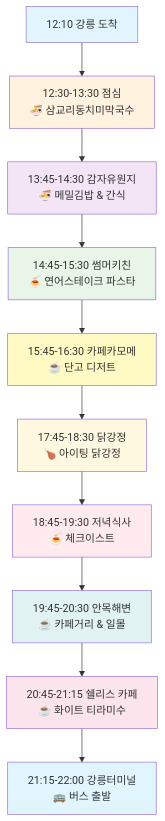
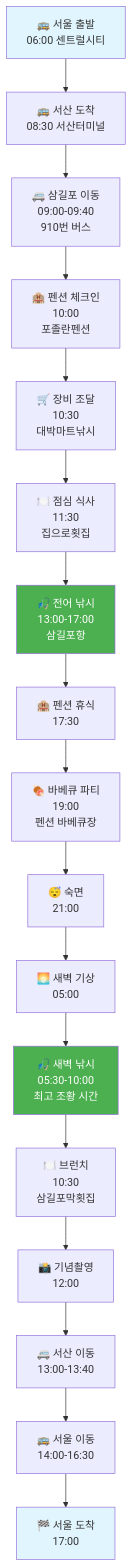
Before and after one commit to didghwns0514/matjib_search: the second of 2 diagrams in README.md, drawn with Mermaid. The commit also changed other lines of this file and 11 other files, not shown here.

````diff
--- a/README.md
+++ b/README.md
@@ -49,23 +160,24 @@
 ```mermaid
-graph TD
-    A[12:10 강릉 도착] --> B[12:30-13:30 점심<br/>🍜 삼교리동치미막국수]
-    B --> C[13:45-14:30 감자유원지<br/>🍜 메밀김밥 & 간식]
-    C --> D[14:45-15:30 썸머키친<br/>🍝 연어스테이크 파스타]
-    D --> E[15:45-16:30 카페카모메<br/>☕ 단고 디저트]
-    E --> F[17:45-18:30 닭강정<br/>🍗 아이팅 닭강정]
-    F --> G[18:45-19:30 저녁식사<br/>🍝 체크이스트]
-    G --> H[19:45-20:30 안목해변<br/>☕ 카페거리 & 일몰]
-    H --> I[20:45-21:15 쉘리스 카페<br/>☕ 화이트 티라미수]
-    I --> J[21:15-22:00 강릉터미널<br/>🚌 버스 출발]
+flowchart TD
+    A[🚌 서울 출발<br/>06:00 센트럴시티] --> B[🚌 서산 도착<br/>08:30 서산터미널]
+    B --> C[🚐 삼길포 이동<br/>09:00-09:40<br/>910번 버스]
+    C --> D[🏨 펜션 체크인<br/>10:00<br/>포졸란펜션]
+    D --> E[🛒 장비 조달<br/>10:30<br/>대박마트낚시]
+    E --> F[🍽️ 점심 식사<br/>11:30<br/>집으로횟집]
+    F --> G[🎣 전어 낚시<br/>13:00-17:00<br/>삼길포항]
+    G --> H[🏨 펜션 휴식<br/>17:30]
+    H --> I[🍖 바베큐 파티<br/>19:00<br/>펜션 바베큐장]
+    I --> J[😴 숙면<br/>21:00]
+    J --> K[🌅 새벽 기상<br/>05:00]
+    K --> L[🎣 새벽 낚시<br/>05:30-10:00<br/>최고 조황 시간]
+    L --> M[🍽️ 브런치<br/>10:30<br/>삼길포막횟집]
+    M --> N[📸 기념촬영<br/>12:00]
+    N --> O[🚐 서산 이동<br/>13:00-13:40]
+    O --> P[🚌 서울 이동<br/>14:00-16:30]
+    P --> Q[🏁 서울 도착<br/>17:00]
 
     style A fill:#e1f5fe
-    style B fill:#fff3e0
-    style C fill:#f3e5f5
-    style D fill:#e8f5e8
-    style E fill:#fff9c4
-    style F fill:#fff8e1
-    style G fill:#ffebee
-    style H fill:#e0f2f1
-    style I fill:#fce4ec
-    style J fill:#e1f5fe
+    style G fill:#4caf50,color:#fff
+    style L fill:#4caf50,color:#fff
+    style Q fill:#e1f5fe
 ```
````
